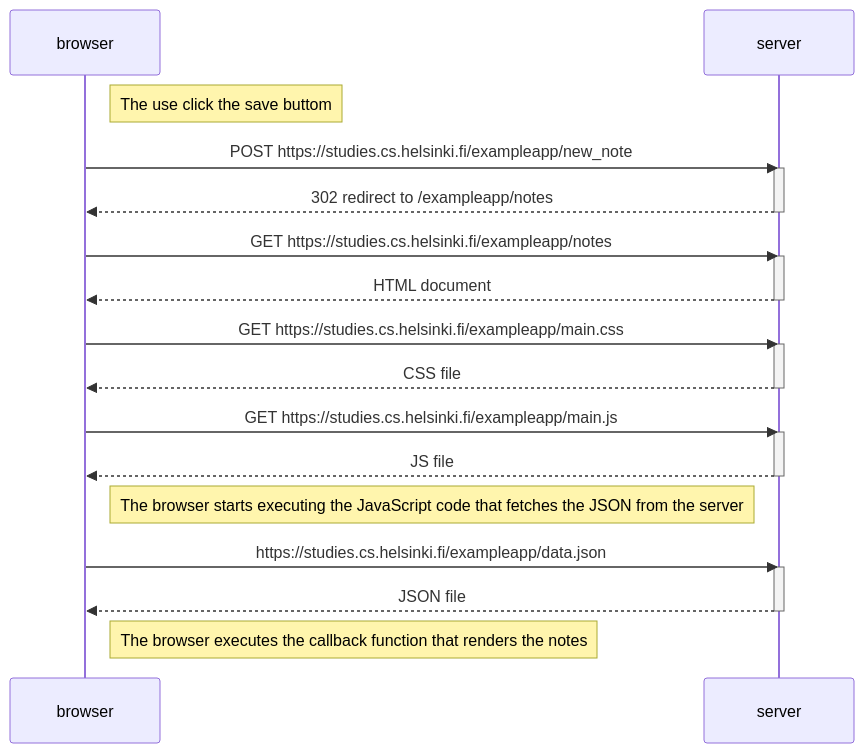
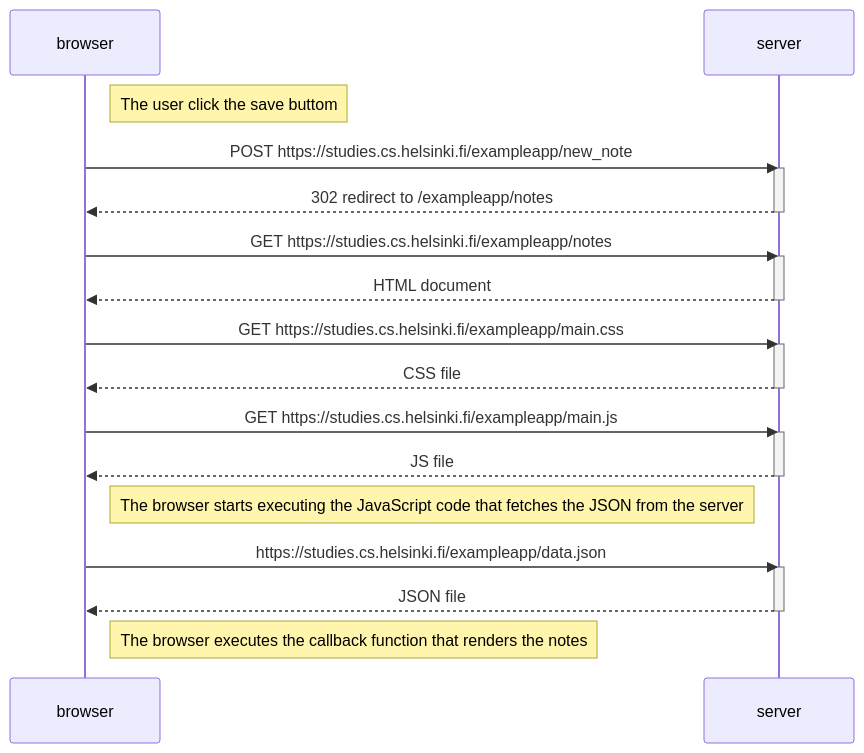
One commit to RiverCX/helsinki-fullstack-course changed the diagram in part0/0.4_NewNoteDiagram.md. Above: the diagram before and after it, drawn with Mermaid.

````diff
--- a/part0/0.4_NewNoteDiagram.md
+++ b/part0/0.4_NewNoteDiagram.md
@@ -1,33 +1,33 @@
 ```mermaid
 sequenceDiagram
   participant browser
   participant server
 
-  Note right of browser: The use click the save buttom
+  Note right of browser: The user click the save buttom
   browser->>server: POST https://studies.cs.helsinki.fi/exampleapp/new_note
   activate server
   server-->>browser: 302 redirect to /exampleapp/notes
   deactivate server
 
   browser->>server: GET https://studies.cs.helsinki.fi/exampleapp/notes
   activate server
   server-->>browser: HTML document
   deactivate server
 
   browser->>server: GET https://studies.cs.helsinki.fi/exampleapp/main.css
   activate server
   server-->>browser: CSS file
   deactivate server
 
   browser->>server: GET https://studies.cs.helsinki.fi/exampleapp/main.js
   activate server
   server-->>browser: JS file
   deactivate server
   Note right of browser: The browser starts executing the JavaScript code that fetches the JSON from the server
 
   browser->>server: https://studies.cs.helsinki.fi/exampleapp/data.json
   activate server
   server-->>browser: JSON file
   deactivate server
   Note right of browser: The browser executes the callback function that renders the notes
 ```
````
